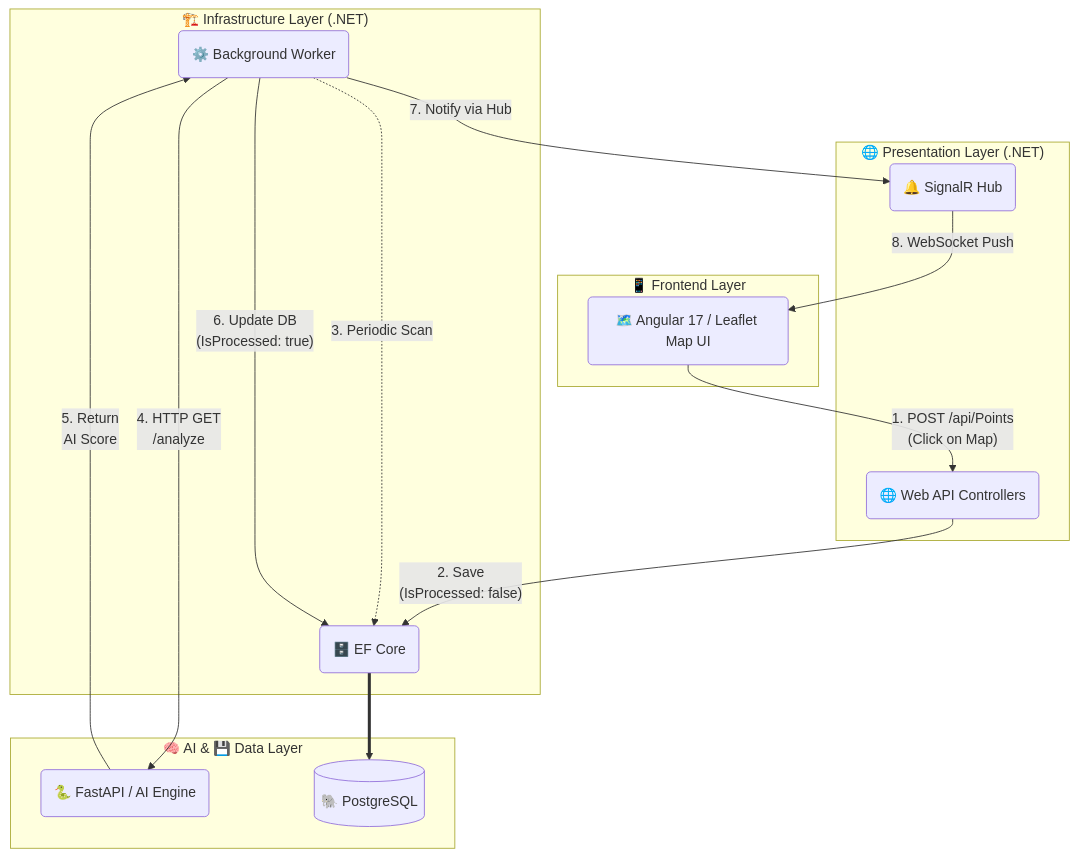
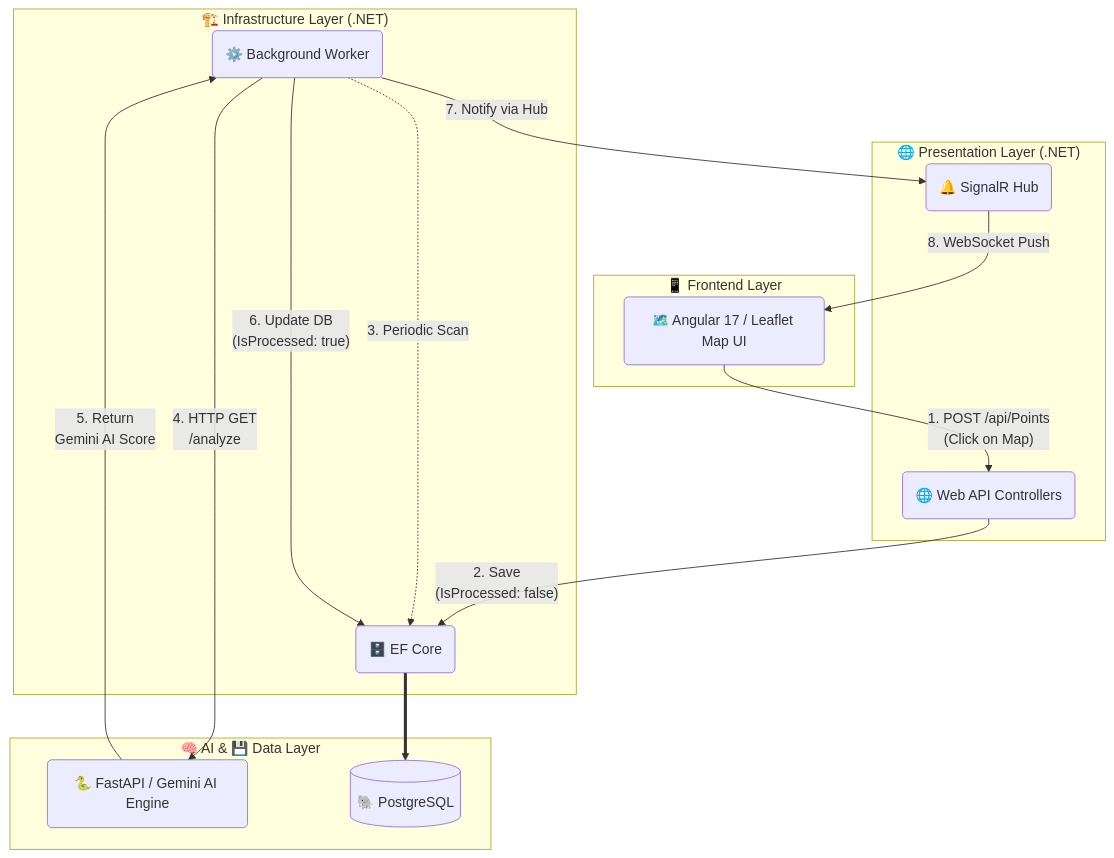
The diagram in README.md (deryaozturkk/GeoTrackerAnalyticsHub), drawn with Mermaid before and after one commit. The commit also changed other lines of this file and 2 other files, not shown here.

Commit message:
feat: complete end-to-end Gemini 3.5 Flash integration with secure .env architecture and update documentation

````diff
--- a/README.md
+++ b/README.md
@@ -64,43 +68,43 @@
 ```mermaid
 flowchart TD
     %% Node Definitions with Shapes
     CLIENT("🗺️ Angular 17 / Leaflet Map UI")
     API("🌐 Web API Controllers")
     HUB("🔔 SignalR Hub")
     DB_CTX("🗄️ EF Core")
     WORKER("⚙️ Background Worker")
-    PY_API("🐍 FastAPI / AI Engine")
+    PY_API("🐍 FastAPI / Gemini AI Engine")
     DB[("🐘 PostgreSQL")]
 
     %% Logical Groupings
     subgraph Frontend ["📱 Frontend Layer"]
         CLIENT
     end
 
     subgraph Presentation ["🌐 Presentation Layer (.NET)"]
         API
         HUB
     end
 
     subgraph Infrastructure ["🏗️ Infrastructure Layer (.NET)"]
         DB_CTX
         WORKER
     end
 
     subgraph External ["🧠 AI & 💾 Data Layer"]
         PY_API
         DB
     end
 
     %% Data Flow with Line Breaks (<br>) to prevent horizontal stretching
     CLIENT -- "1. POST /api/Points<br>(Click on Map)" --> API
     API -- "2. Save<br>(IsProcessed: false)" --> DB_CTX
     DB_CTX ==> DB
 
     WORKER -. "3. Periodic Scan" .-> DB_CTX
     WORKER -- "4. HTTP GET<br>/analyze" --> PY_API
-    PY_API -- "5. Return<br>AI Score" --> WORKER
+    PY_API -- "5. Return<br>Gemini AI Score" --> WORKER
     WORKER -- "6. Update DB<br>(IsProcessed: true)" --> DB_CTX
     WORKER -- "7. Notify via Hub" --> HUB
     HUB -- "8. WebSocket Push" --> CLIENT
 ```
````
